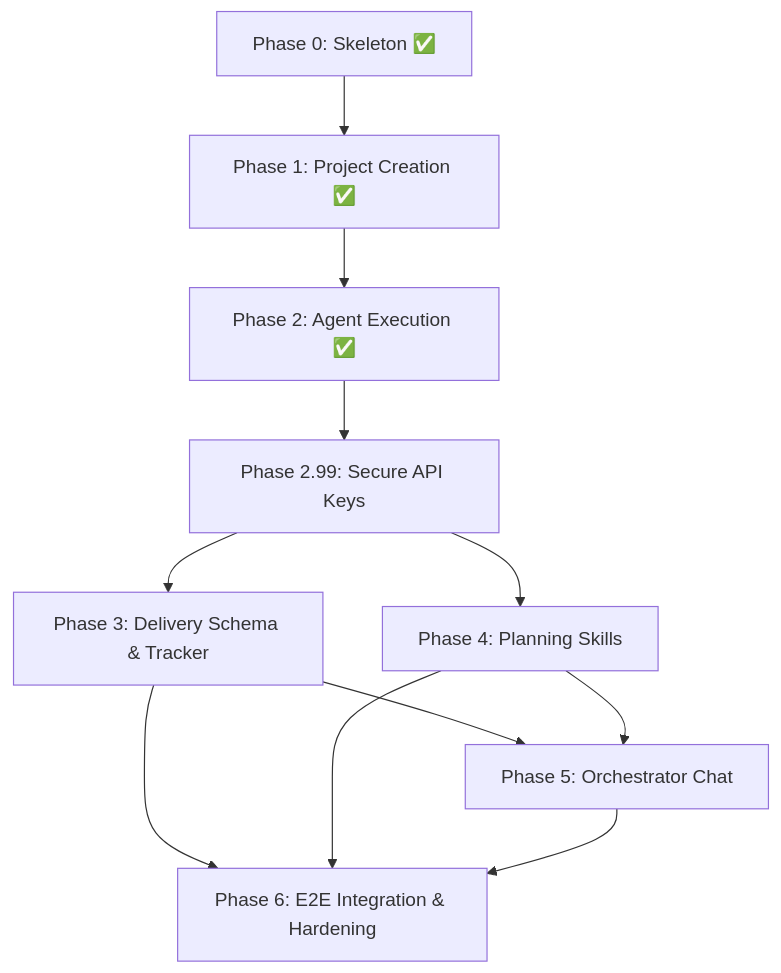
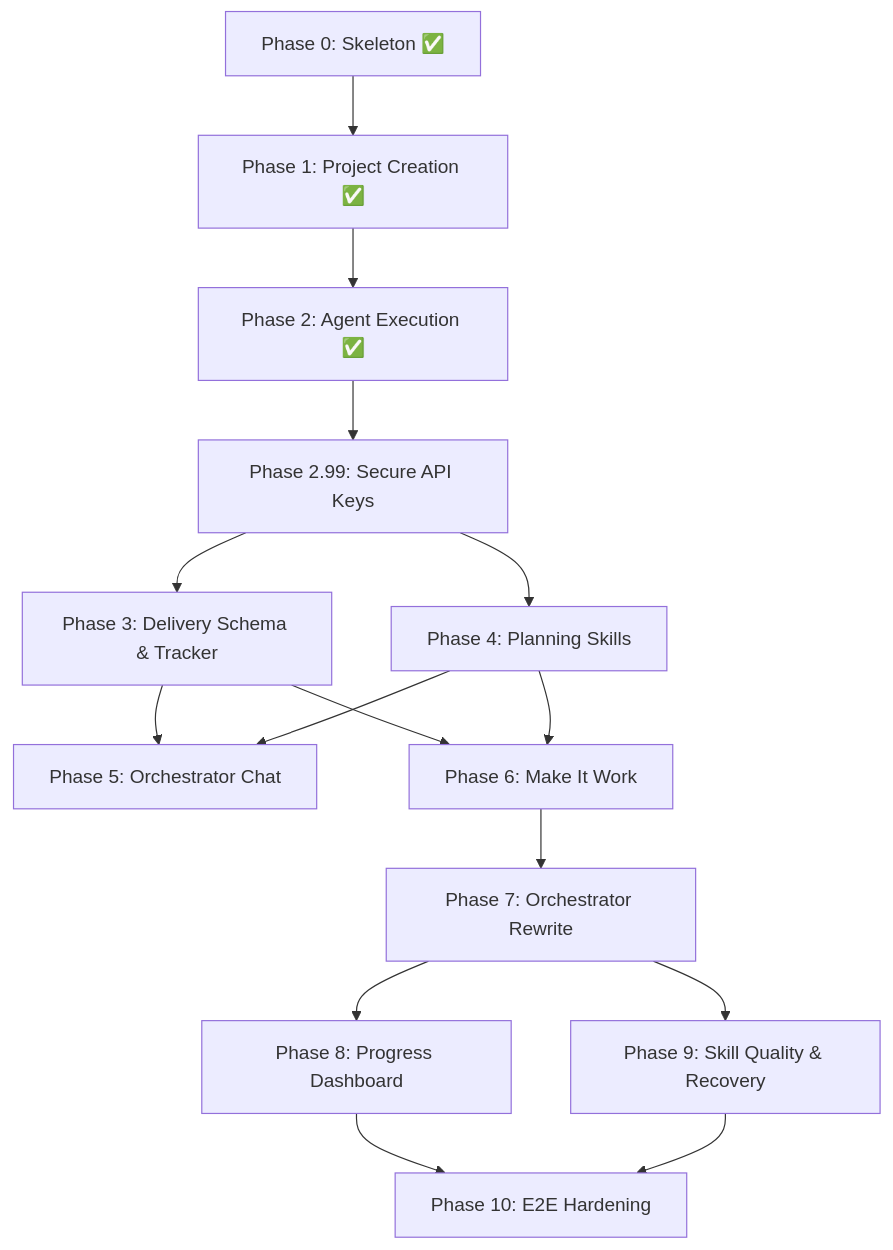
Before and after one commit to operator-auteng-ai/hq: the diagram in docs/PLAN.md, drawn with Mermaid. The commit also changed other lines of this file, not shown here.

First line of the commit message:
docs: restructure v0 phases 6-10 based on integration audit

````diff
--- a/docs/PLAN.md
+++ b/docs/PLAN.md
@@ -432,13 +501,17 @@
 ```mermaid
 graph TD
     P0["Phase 0: Skeleton ✅"] --> P1["Phase 1: Project Creation ✅"]
     P1 --> P2["Phase 2: Agent Execution ✅"]
     P2 --> P299["Phase 2.99: Secure API Keys"]
     P299 --> P3["Phase 3: Delivery Schema & Tracker"]
     P299 --> P4["Phase 4: Planning Skills"]
     P3 --> P5["Phase 5: Orchestrator Chat"]
     P4 --> P5
-    P3 --> P6["Phase 6: E2E Integration & Hardening"]
+    P3 --> P6["Phase 6: Make It Work"]
     P4 --> P6
-    P5 --> P6
+    P6 --> P7["Phase 7: Orchestrator Rewrite"]
+    P7 --> P8["Phase 8: Progress Dashboard"]
+    P7 --> P9["Phase 9: Skill Quality & Recovery"]
+    P8 --> P10["Phase 10: E2E Hardening"]
+    P9 --> P10
 ```
````
